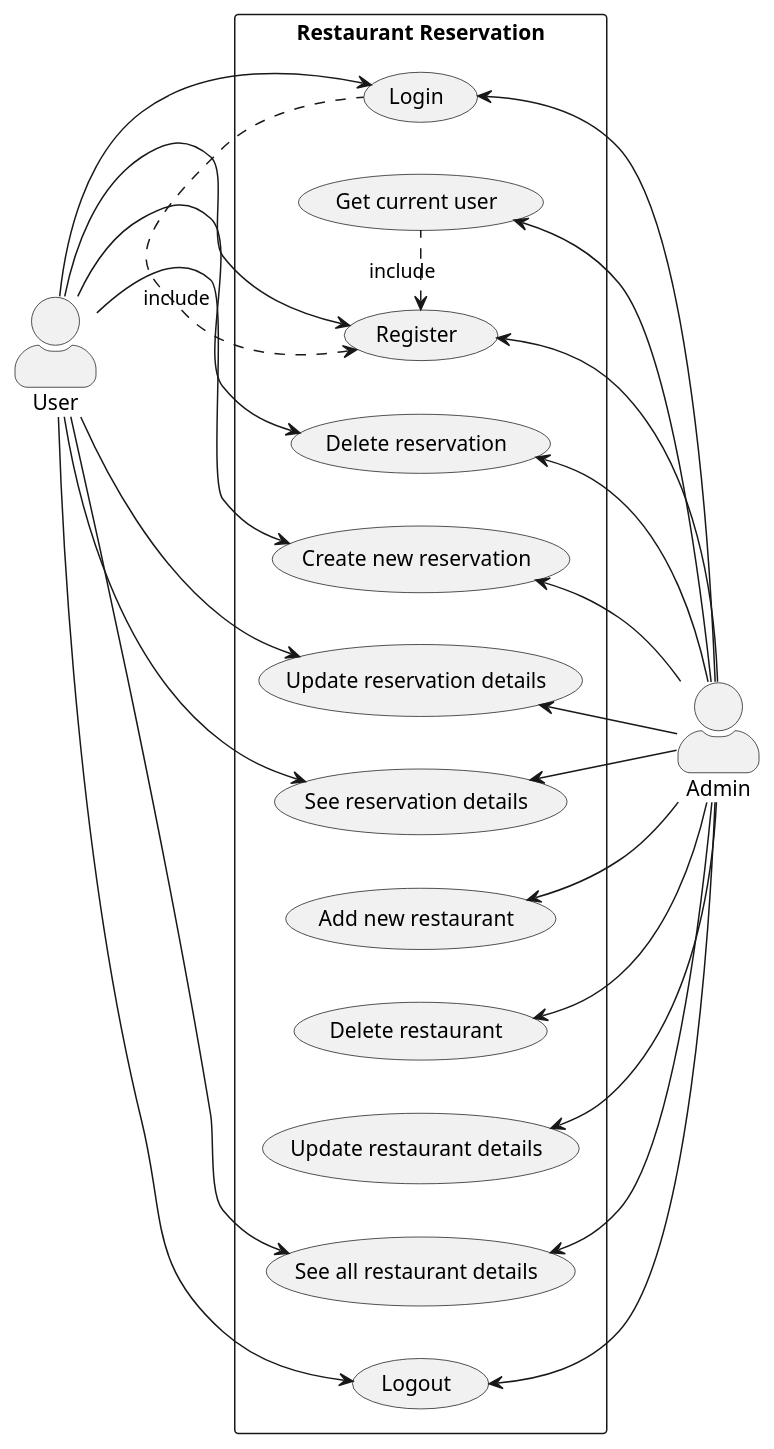
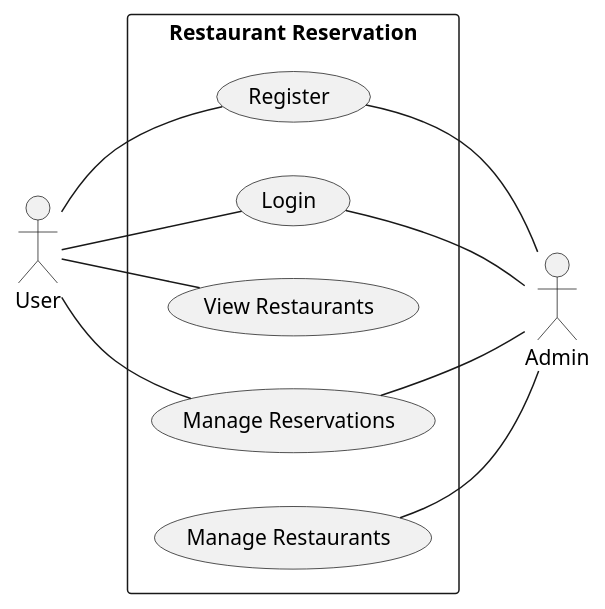
One commit to 2110503TACEDT66/presentation-day-1-mafia-hat-yai changed the diagram in UML/useCaseDiagram/useCaseDiagram.puml. Above: the diagram before and after it, drawn with PlantUML.

Commit message:
usecase 2

```diff
--- a/UML/useCaseDiagram/useCaseDiagram.puml
+++ b/UML/useCaseDiagram/useCaseDiagram.puml
@@ -1,45 +1,23 @@
-@startuml Case Diagram
-skinparam actorStyle awesome
+@startuml Restaurant Reservation Use Case Diagram
 left to right direction
+rectangle "Restaurant Reservation" as ReservationSystem {    
+    usecase "Register" as register
+    usecase "Login" as login
+    usecase "View Restaurants" as viewRestaurants
+    usecase "Manage Reservations" as manageReservations
+    usecase "Manage Restaurants" as manageRestaurants
+}
+
 actor "User" as user
-actor "Admin" as ad
-rectangle "Restaurant Reservation" {
-  usecase "Register" as UC1
-  usecase "Login" as UC2
-  usecase "Logout" as UC3
-  usecase "See all restaurant details" as UC4
-  usecase "Update restaurant details" as UC5
-  usecase "Delete restaurant" as UC6
-  usecase "Add new restaurant" as UC7
-  usecase "See reservation details" as UC8
-  usecase "Update reservation details" as UC9
-  usecase "Create new reservation" as UC10
-  usecase "Delete reservation" as UC11
-  usecase "Get current user" as UC12
-}
-UC1 <. UC2 : include
-UC1 <. UC12 : include
+user -- register
+user -- login
+user -- viewRestaurants
+user -- manageReservations
 
-ad -up-> UC1
-ad -up-> UC2
-ad -up-> UC3
-ad -up-> UC4
-ad -up-> UC5
-ad -up-> UC6
-ad -up-> UC7
-ad -up-> UC8
-ad -up-> UC9
-ad -up-> UC10
-ad -up-> UC11
-ad -up-> UC12
-
-user --> UC1
-user --> UC2
-user --> UC3
-user --> UC4
-user --> UC8
-user --> UC9
-user --> UC11
-user --> UC10
+actor "Admin" as admin
+register -- admin
+login -- admin
+manageRestaurants -- admin
+manageReservations -- admin
 
 @enduml
```
